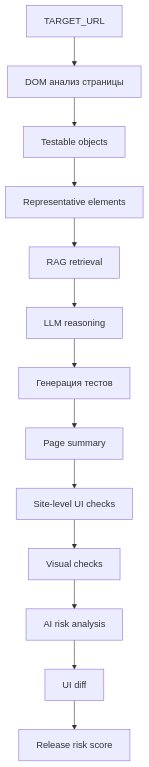
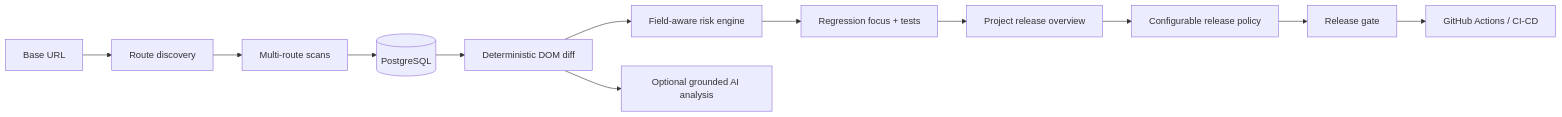
One commit to Stasikent/AI-Release-Guardian--- changed the diagram in README.md. Above: the diagram before and after it, drawn with Mermaid. The commit also changed other lines of this file, not shown here.

Commit message:
Rewrite README around V2 end-to-end release workflow

````diff
--- a/README.md
+++ b/README.md
@@ -35,18 +30,14 @@
 ```mermaid
-flowchart TD
-    A[TARGET_URL]
-    B[DOM анализ страницы]
-    C[Testable objects]
-    D[Representative elements]
-    E[RAG retrieval]
-    F[LLM reasoning]
-    G[Генерация тестов]
-    H[Page summary]
-    I[Site-level UI checks]
-    J[Visual checks]
-    K[AI risk analysis]
-    L[UI diff]
-    M[Release risk score]
-
-    A --> B --> C --> D --> E --> F --> G --> H --> I --> J --> K --> L --> M
+flowchart LR
+    URL[Base URL] --> DISC[Route discovery]
+    DISC --> BATCH[Multi-route scans]
+    BATCH --> DB[(PostgreSQL)]
+    DB --> DIFF[Deterministic DOM diff]
+    DIFF --> RISK[Field-aware risk engine]
+    RISK --> REG[Regression focus + tests]
+    REG --> OVERVIEW[Project release overview]
+    OVERVIEW --> POLICY[Configurable release policy]
+    POLICY --> GATE[Release gate]
+    GATE --> CI[GitHub Actions / CI-CD]
+    DIFF --> AI[Optional grounded AI analysis]
 ```
````
